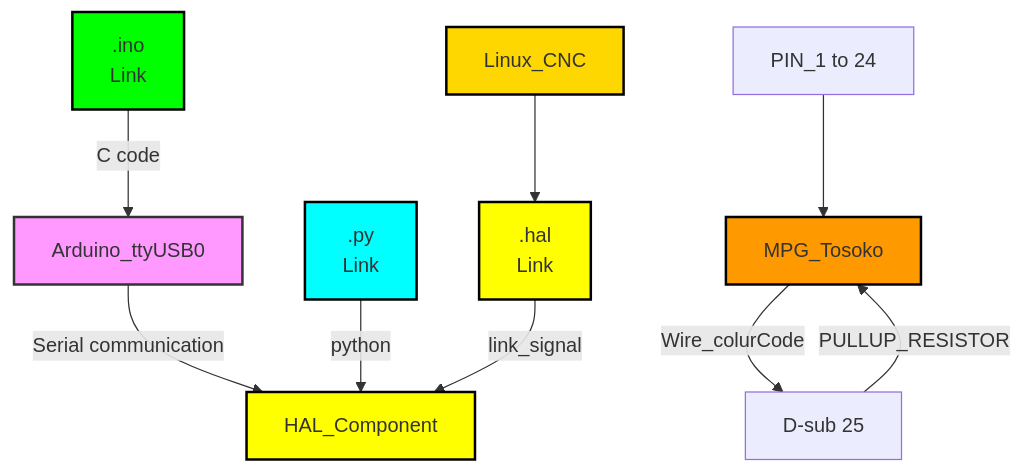
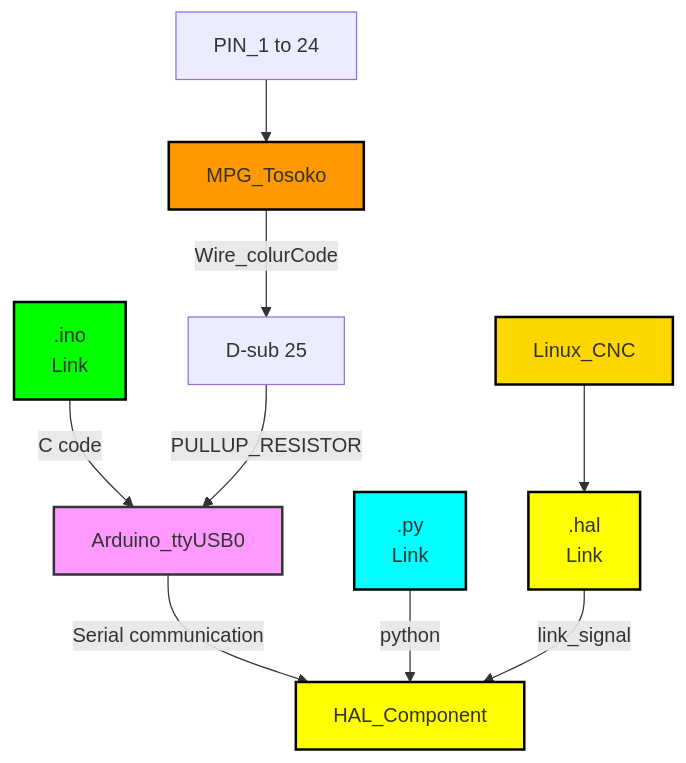
Before and after one commit to Tpj-root/MPG_pendant: the diagram in README.md, drawn with Mermaid.

````diff
--- a/README.md
+++ b/README.md
@@ -274,21 +274,21 @@
 ```mermaid
 graph TD;
     style A fill:#f9f,stroke:#333,stroke-width:2px;
     style B fill:#ff0,stroke:#000,stroke-width:2px;
     style C fill:#0f0,stroke:#000,stroke-width:2px;
     style D fill:#0ff,stroke:#000,stroke-width:2px;
     style E fill:#f90,stroke:#000,stroke-width:2px;
     style F fill:#ff0,stroke:#000,stroke-width:2px;
     style G fill:#FFD700,stroke:#000,stroke-width:2px;
     
     A[Arduino_ttyUSB0] --> |Serial communication| B[HAL_Component]
     C[.ino<br><a src="/Setup/LinuxCNC_encoder_ALL_pinout/LinuxCNC_encoder_ALL_pinout.ino">Link</a>]  --> |C code|A
     D[.py<br><a src="/Setup/LinuxCNC_encoder_ALL_pinout/arduino_All_ttyUSB0">Link</a>]  --> |python| B
     E[MPG_Tosoko] --> |Wire_colurCode|H
     Pin_1[PIN_1 to 24]  --> E
     F[.hal<br><a src="/Setup/LinuxCNC_encoder_ALL_pinout/mpg.sh">Link</a>] --> |link_signal|B
     G[Linux_CNC] --> F
-    H[D-sub 25]  --> |PULLUP_RESISTOR| E
+    H[D-sub 25]  --> |PULLUP_RESISTOR| A
     
     
 ```
````
